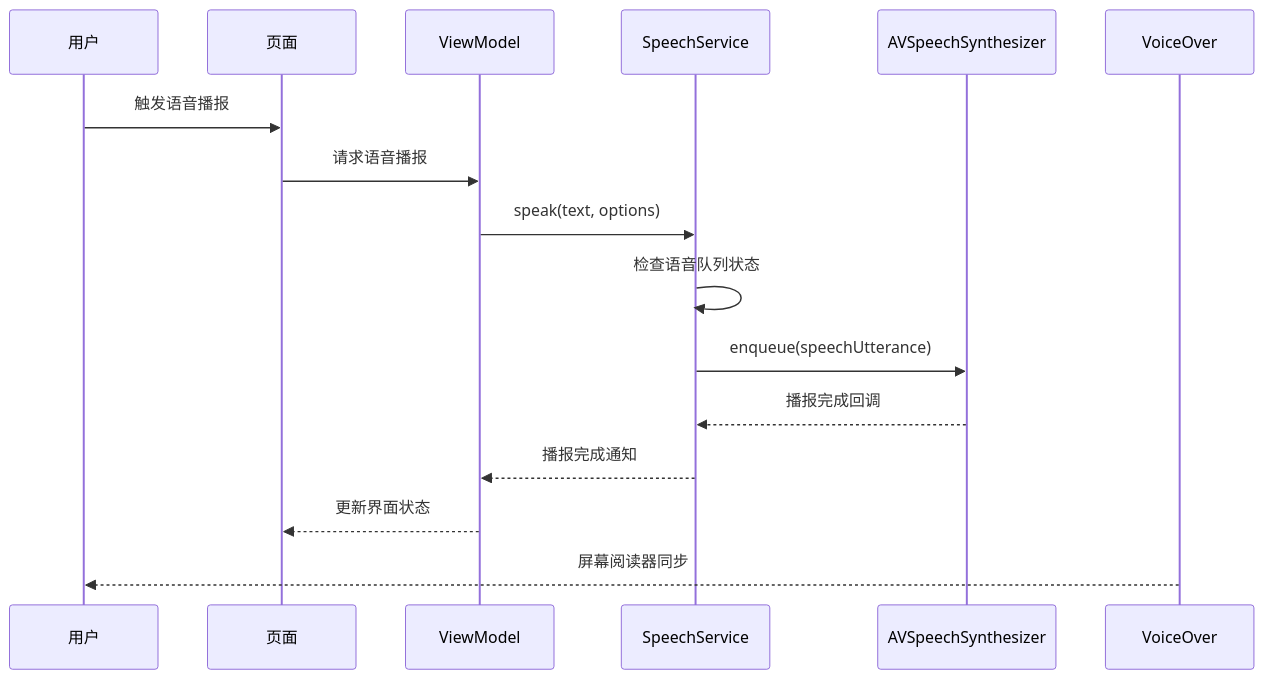
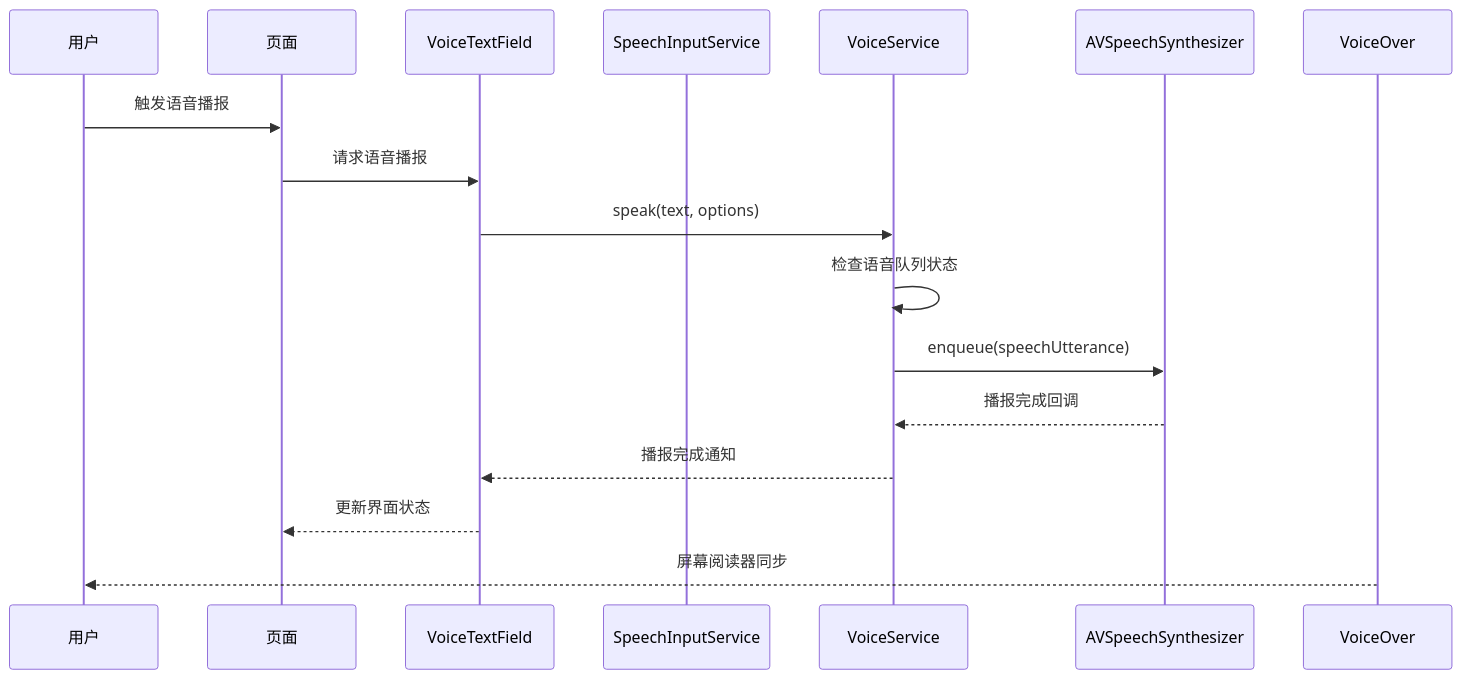
One commit to Jayden23018/blind-run-ios changed the third of 11 diagrams in .qoder/repowiki/zh/content/架构设计/模块化架构设计/Voice 语音模块.md. Above: the diagram before and after it, drawn with Mermaid. The commit also changed other lines of this file and 5 other files, not shown here.

````diff
--- a/.qoder/repowiki/zh/content/架构设计/模块化架构设计/Voice 语音模块.md
+++ b/.qoder/repowiki/zh/content/架构设计/模块化架构设计/Voice 语音模块.md
@@ -166,18 +205,19 @@
 ```mermaid
 sequenceDiagram
 participant User as 用户
 participant Page as 页面
-participant VM as ViewModel
-participant SS as SpeechService
+participant VTF as VoiceTextField
+participant SIS as SpeechInputService
+participant VS as VoiceService
 participant TTS as AVSpeechSynthesizer
 participant VO as VoiceOver
 User->>Page : 触发语音播报
-Page->>VM : 请求语音播报
-VM->>SS : speak(text, options)
-SS->>SS : 检查语音队列状态
-SS->>TTS : enqueue(speechUtterance)
-TTS-->>SS : 播报完成回调
-SS-->>VM : 播报完成通知
-VM-->>Page : 更新界面状态
+Page->>VTF : 请求语音播报
+VTF->>VS : speak(text, options)
+VS->>VS : 检查语音队列状态
+VS->>TTS : enqueue(speechUtterance)
+TTS-->>VS : 播报完成回调
+VS-->>VTF : 播报完成通知
+VTF-->>Page : 更新界面状态
 VO-->>User : 屏幕阅读器同步
 ```
````
